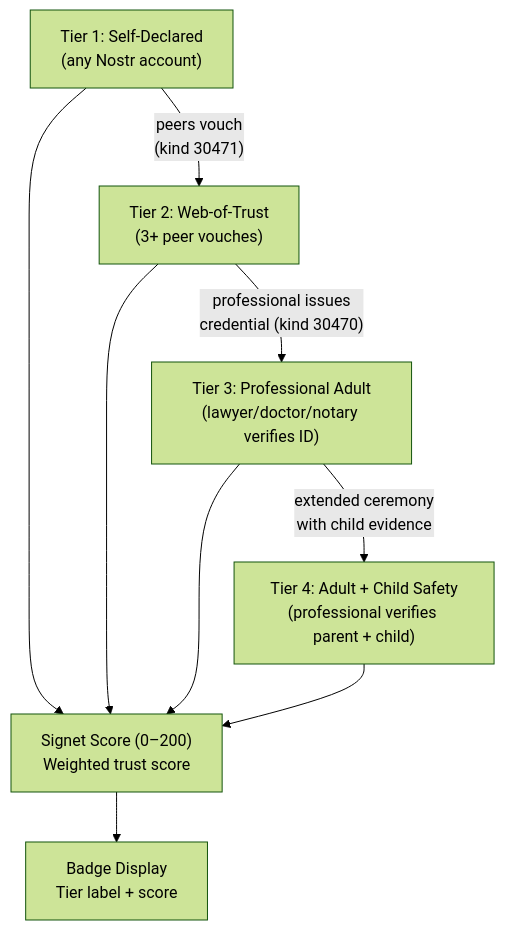
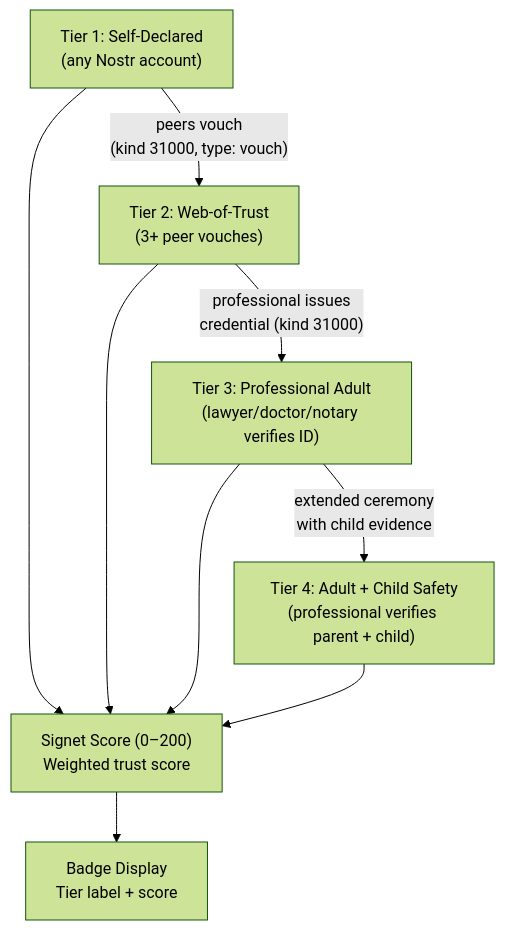
Before and after one commit to forgesworn/signet: the first of 5 diagrams in docs/index.md, drawn with Mermaid (forest theme). The commit also changed other lines of this file and 53 other files, not shown here.

````diff
--- a/docs/index.md
+++ b/docs/index.md
@@ -9,19 +9,19 @@
 ```mermaid
 flowchart TD
     T1["Tier 1: Self-Declared\n(any Nostr account)"]
     T2["Tier 2: Web-of-Trust\n(3+ peer vouches)"]
     T3["Tier 3: Professional Adult\n(lawyer/doctor/notary verifies ID)"]
     T4["Tier 4: Adult + Child Safety\n(professional verifies parent + child)"]
     IQ["Signet Score (0–200)\nWeighted trust score"]
     Badge["Badge Display\nTier label + score"]
 
-    T1 -->|"peers vouch\n(kind 30471)"| T2
-    T2 -->|"professional issues\ncredential (kind 30470)"| T3
+    T1 -->|"peers vouch\n(kind 31000, type: vouch)"| T2
+    T2 -->|"professional issues\ncredential (kind 31000)"| T3
     T3 -->|"extended ceremony\nwith child evidence"| T4
 
     T1 --> IQ
     T2 --> IQ
     T3 --> IQ
     T4 --> IQ
     IQ --> Badge
 ```
````
